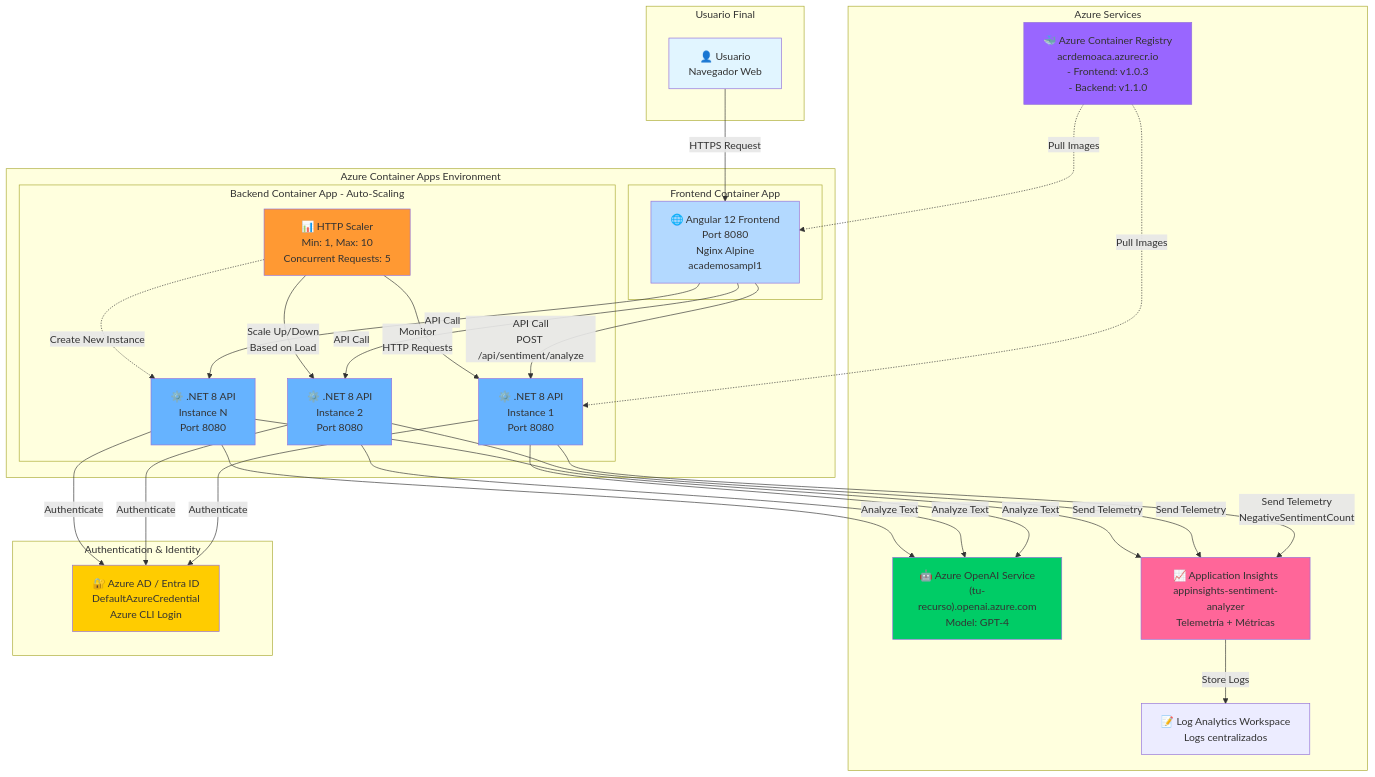
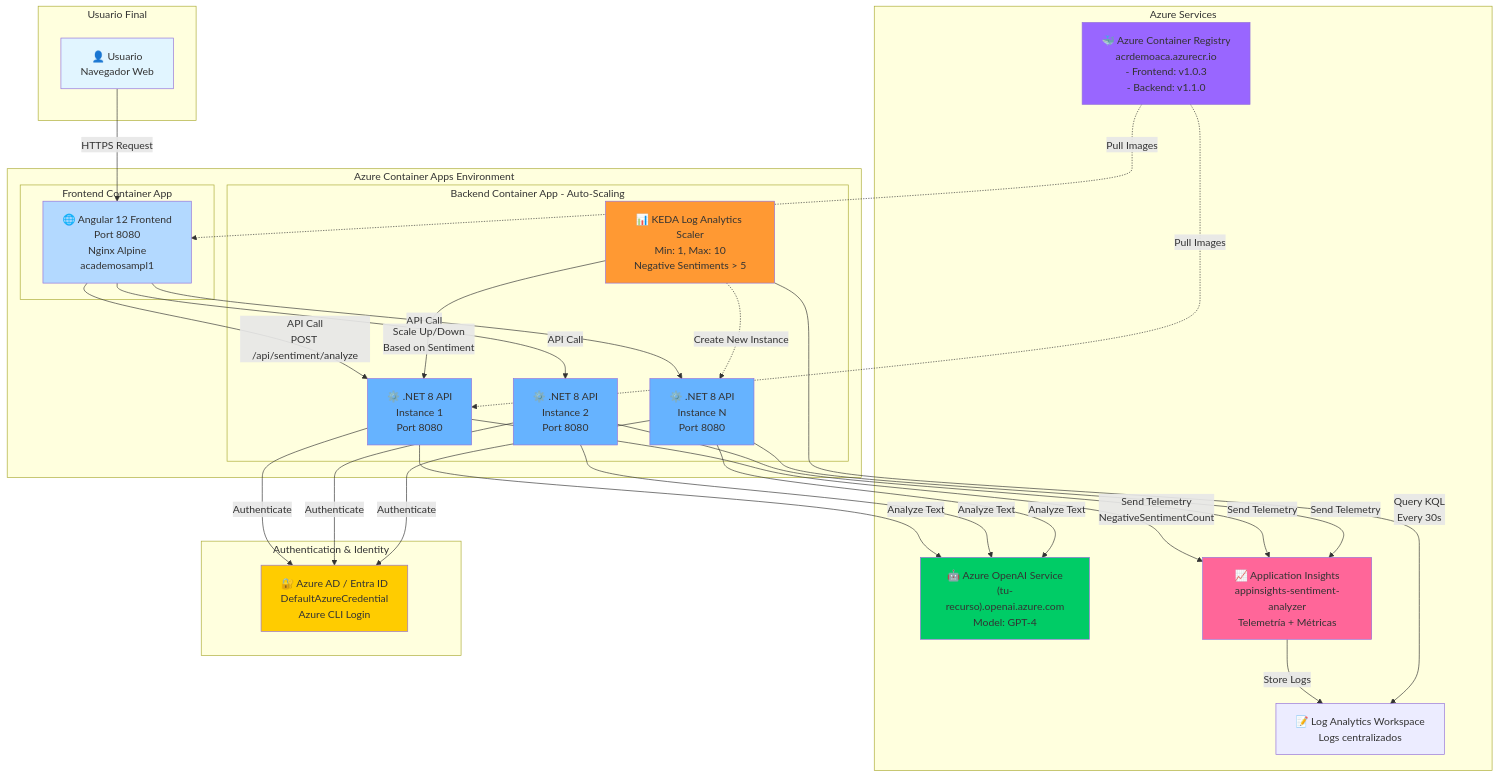
The first of 10 diagrams in ARCHITECTURE.md (ramonsolorio/sentiment-analizer-app), drawn with Mermaid before and after one commit. The commit also changed other lines of this file and 3 other files, not shown here.

Commit message:
Add KEDA Log Analytics setup documentation and update README for event-driven scaling

````diff
--- a/ARCHITECTURE.md
+++ b/ARCHITECTURE.md
@@ -20,67 +20,67 @@
 ```mermaid
 graph TB
     subgraph "Usuario Final"
         USER["👤 Usuario<br/>Navegador Web"]
     end
 
     subgraph "Azure Container Apps Environment"
         subgraph "Frontend Container App"
             FRONTEND["🌐 Angular 12 Frontend<br/>Port 8080<br/>Nginx Alpine<br/>academosampl1"]
         end
         
         subgraph "Backend Container App - Auto-Scaling"
             BACKEND1["⚙️ .NET 8 API<br/>Instance 1<br/>Port 8080"]
             BACKEND2["⚙️ .NET 8 API<br/>Instance 2<br/>Port 8080"]
             BACKEND3["⚙️ .NET 8 API<br/>Instance N<br/>Port 8080"]
-            SCALER["📊 HTTP Scaler<br/>Min: 1, Max: 10<br/>Concurrent Requests: 5"]
+            SCALER["📊 KEDA Log Analytics Scaler<br/>Min: 1, Max: 10<br/>Negative Sentiments > 5"]
         end
     end
 
     subgraph "Azure Services"
         ACR["🐳 Azure Container Registry<br/>acrdemoaca.azurecr.io<br/>- Frontend: v1.0.3<br/>- Backend: v1.1.0"]
         OPENAI["🤖 Azure OpenAI Service<br/>(tu-recurso).openai.azure.com<br/>Model: GPT-4"]
         APPINSIGHTS["📈 Application Insights<br/>appinsights-sentiment-analyzer<br/>Telemetría + Métricas"]
         LOGANALYTICS["📝 Log Analytics Workspace<br/>Logs centralizados"]
     end
 
     subgraph "Authentication & Identity"
         AZUREAD["🔐 Azure AD / Entra ID<br/>DefaultAzureCredential<br/>Azure CLI Login"]
     end
 
     USER -->|HTTPS Request| FRONTEND
     FRONTEND -->|API Call<br/>POST /api/sentiment/analyze| BACKEND1
     FRONTEND -->|API Call| BACKEND2
     FRONTEND -->|API Call| BACKEND3
     
     BACKEND1 -->|Authenticate| AZUREAD
     BACKEND2 -->|Authenticate| AZUREAD
     BACKEND3 -->|Authenticate| AZUREAD
     
     BACKEND1 -->|Analyze Text| OPENAI
     BACKEND2 -->|Analyze Text| OPENAI
     BACKEND3 -->|Analyze Text| OPENAI
     
     BACKEND1 -->|Send Telemetry<br/>NegativeSentimentCount| APPINSIGHTS
     BACKEND2 -->|Send Telemetry| APPINSIGHTS
     BACKEND3 -->|Send Telemetry| APPINSIGHTS
     
     APPINSIGHTS -->|Store Logs| LOGANALYTICS
     
-    SCALER -->|Monitor<br/>HTTP Requests| BACKEND1
-    SCALER -->|Scale Up/Down<br/>Based on Load| BACKEND2
+    SCALER -->|Query KQL<br/>Every 30s| LOGANALYTICS
+    SCALER -->|Scale Up/Down<br/>Based on Sentiment| BACKEND1
     SCALER -.->|Create New Instance| BACKEND3
     
     ACR -.->|Pull Images| FRONTEND
     ACR -.->|Pull Images| BACKEND1
     
     style USER fill:#e1f5ff
     style FRONTEND fill:#b3d9ff
     style BACKEND1 fill:#66b3ff
     style BACKEND2 fill:#66b3ff
     style BACKEND3 fill:#66b3ff
     style SCALER fill:#ff9933
     style OPENAI fill:#00cc66
     style APPINSIGHTS fill:#ff6699
     style ACR fill:#9966ff
     style AZUREAD fill:#ffcc00
 ```
````
